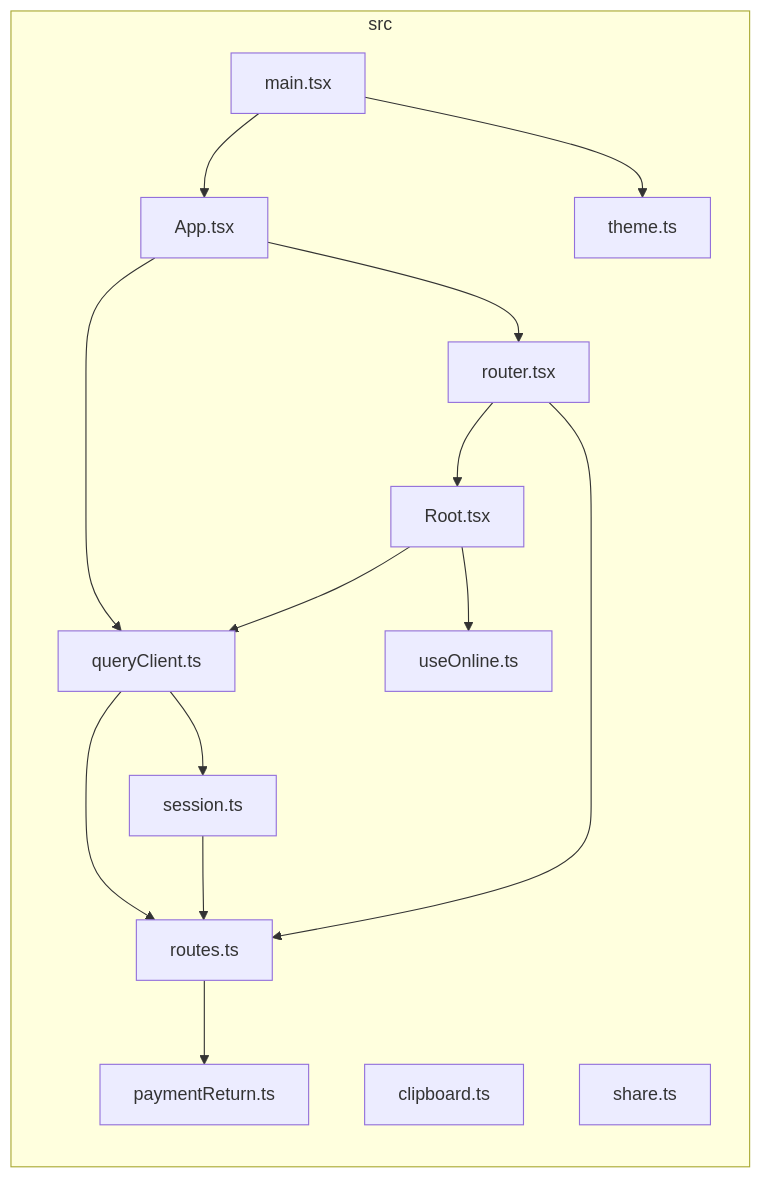
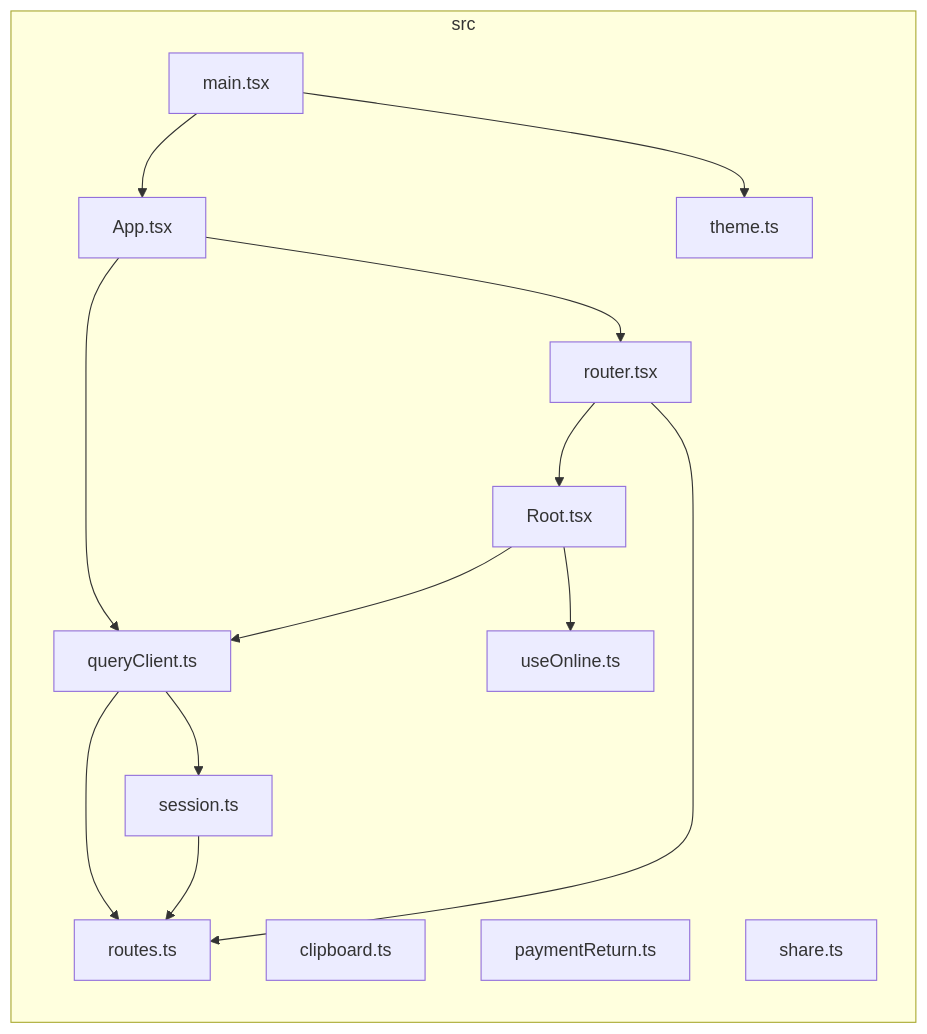
One commit to GonzaloZevallos/apostrophe changed the diagram in docs/architecture/generated/front-modules/root.md. Above: the diagram before and after it, drawn with Mermaid. The commit also changed 6 other files, not shown here.

````diff
--- a/docs/architecture/generated/front-modules/root.md
+++ b/docs/architecture/generated/front-modules/root.md
@@ -7,29 +7,28 @@
 ```mermaid
 flowchart LR
 subgraph src["src"]
   src_App_tsx["App.tsx"]
   src_Root_tsx["Root.tsx"]
   src_clipboard_ts["clipboard.ts"]
   src_main_tsx["main.tsx"]
   src_paymentReturn_ts["paymentReturn.ts"]
   src_queryClient_ts["queryClient.ts"]
   src_router_tsx["router.tsx"]
   src_routes_ts["routes.ts"]
   src_session_ts["session.ts"]
   src_share_ts["share.ts"]
   src_theme_ts["theme.ts"]
   src_useOnline_ts["useOnline.ts"]
 end
 src_App_tsx-->src_queryClient_ts
 src_App_tsx-->src_router_tsx
 src_Root_tsx-->src_queryClient_ts
 src_Root_tsx-->src_useOnline_ts
 src_main_tsx-->src_App_tsx
 src_main_tsx-->src_theme_ts
 src_queryClient_ts-->src_routes_ts
 src_queryClient_ts-->src_session_ts
 src_router_tsx-->src_Root_tsx
 src_router_tsx-->src_routes_ts
-src_routes_ts-->src_paymentReturn_ts
 src_session_ts-->src_routes_ts
 ```
````
